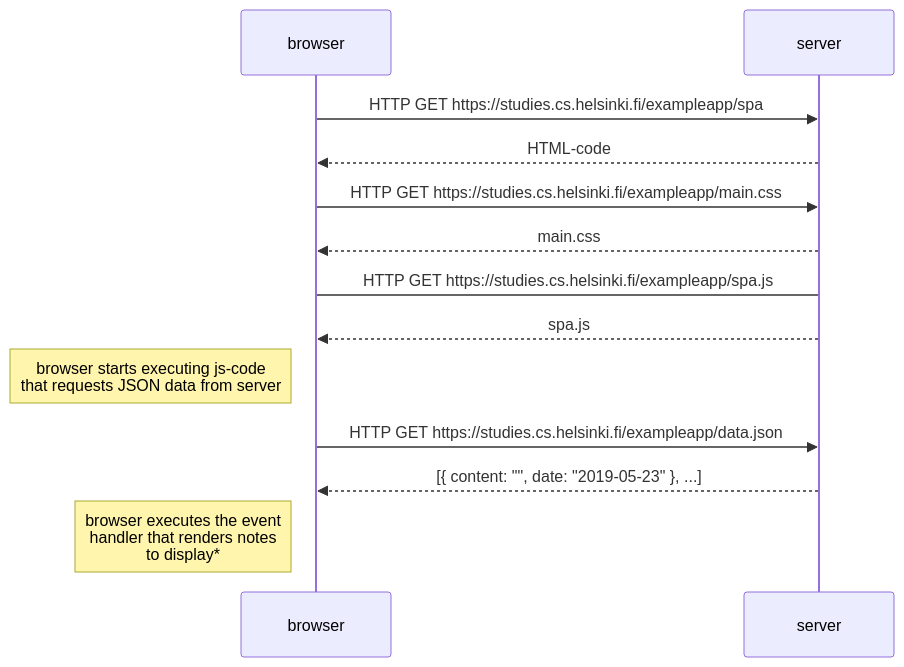
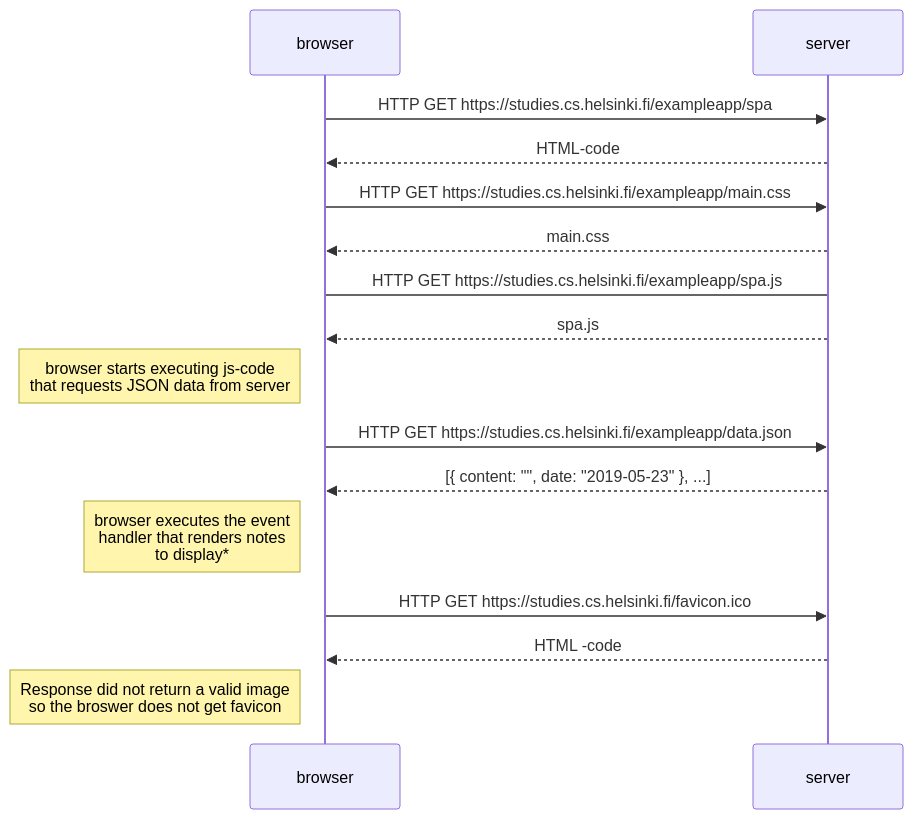
The diagram in part0/part0-5.md (ikeronx/fullstackopen2022), drawn with Mermaid before and after one commit.

````diff
--- a/part0/part0-5.md
+++ b/part0/part0-5.md
@@ -2,13 +2,16 @@
 ```mermaid
  sequenceDiagram
     browser->>server:  HTTP GET https://studies.cs.helsinki.fi/exampleapp/spa
     server-->>browser: HTML-code
     browser->>server: HTTP GET https://studies.cs.helsinki.fi/exampleapp/main.css
     server-->>browser: main.css
     browser->server: HTTP GET https://studies.cs.helsinki.fi/exampleapp/spa.js
     server-->>browser: spa.js
     Note left of browser: browser starts executing js-code <br> that requests JSON data from server 
     browser->>server: HTTP GET https://studies.cs.helsinki.fi/exampleapp/data.json
     server-->>browser: [{ content: "", date: "2019-05-23" }, ...]
     Note left of browser: browser executes the event <br> handler that renders notes <br>to display*
+   browser->>server: HTTP GET https://studies.cs.helsinki.fi/favicon.ico
+   server-->>browser: HTML -code
+   Note left of browser: Response did not return a valid image <br> so the broswer does not get favicon 
 ```
````
